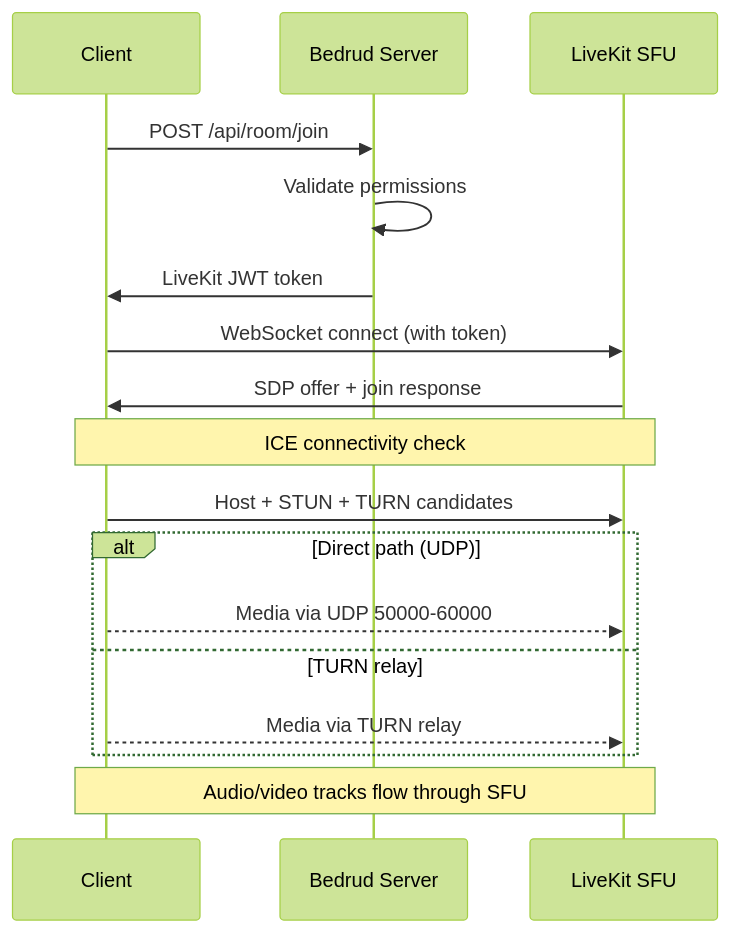
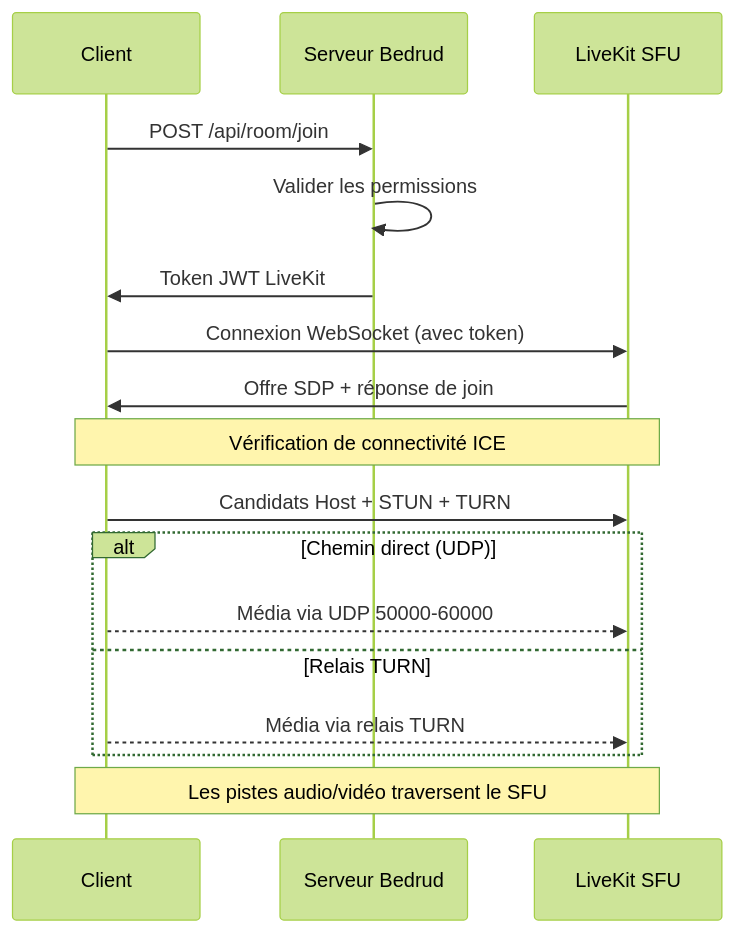
One commit to bedrud-ir/bedrud-landing changed the diagram in src/content/docs/fr/architecture/overview.mdx. Above: the diagram before and after it, drawn with Mermaid (forest theme). The commit also changed other lines of this file and 34 other files, not shown here.

````diff
--- a/src/content/docs/fr/architecture/overview.mdx
+++ b/src/content/docs/fr/architecture/overview.mdx
@@ -153,23 +153,23 @@
 ```mermaid
 sequenceDiagram
     participant C as Client
-    participant S as Bedrud Server
+    participant S as Serveur Bedrud
     participant LK as LiveKit SFU
 
     C->>S: POST /api/room/join
-    S->>S: Validate permissions
-    S->>C: LiveKit JWT token
-    C->>LK: WebSocket connect (with token)
-    LK->>C: SDP offer + join response
+    S->>S: Valider les permissions
+    S->>C: Token JWT LiveKit
+    C->>LK: Connexion WebSocket (avec token)
+    LK->>C: Offre SDP + réponse de join
 
-    Note over C,LK: ICE connectivity check
-    C->>LK: Host + STUN + TURN candidates
+    Note over C,LK: Vérification de connectivité ICE
+    C->>LK: Candidats Host + STUN + TURN
 
-    alt Direct path (UDP)
-        C-->>LK: Media via UDP 50000-60000
-    else TURN relay
-        C-->>LK: Media via TURN relay
+    alt Chemin direct (UDP)
+        C-->>LK: Média via UDP 50000-60000
+    else Relais TURN
+        C-->>LK: Média via relais TURN
     end
 
-    Note over C,LK: Audio/video tracks flow through SFU
+    Note over C,LK: Les pistes audio/vidéo traversent le SFU
 ```
````
